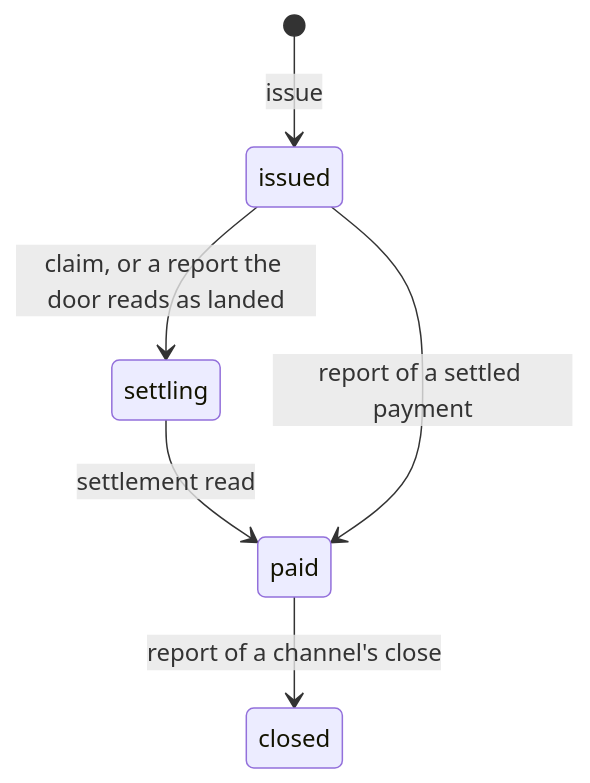
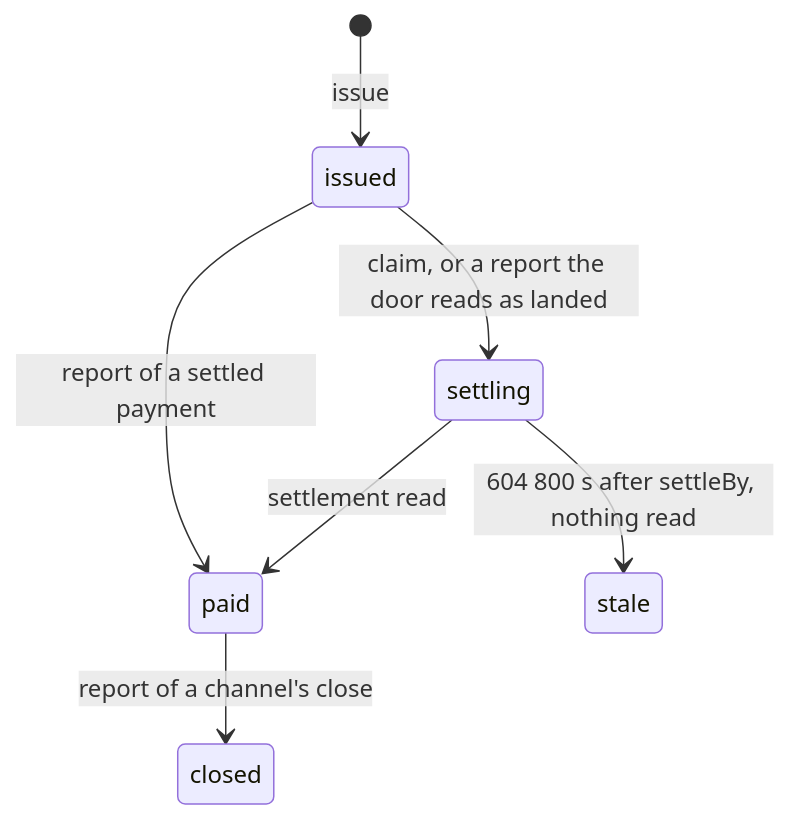
The diagram in docs/concepts/records.md (IntegraLedger/integra-agentic-connectors), drawn with Mermaid before and after one commit. The commit also changed other lines of this file and 21 other files, not shown here.

````diff
--- a/docs/concepts/records.md
+++ b/docs/concepts/records.md
@@ -13,8 +13,9 @@
 ```mermaid
 stateDiagram-v2
     [*] --> issued: issue
     issued --> settling: claim, or a report the door reads as landed
     settling --> paid: settlement read
     issued --> paid: report of a settled payment
     paid --> closed: report of a channel's close
+    settling --> stale: 604 800 s after settleBy, nothing read
 ```
````
